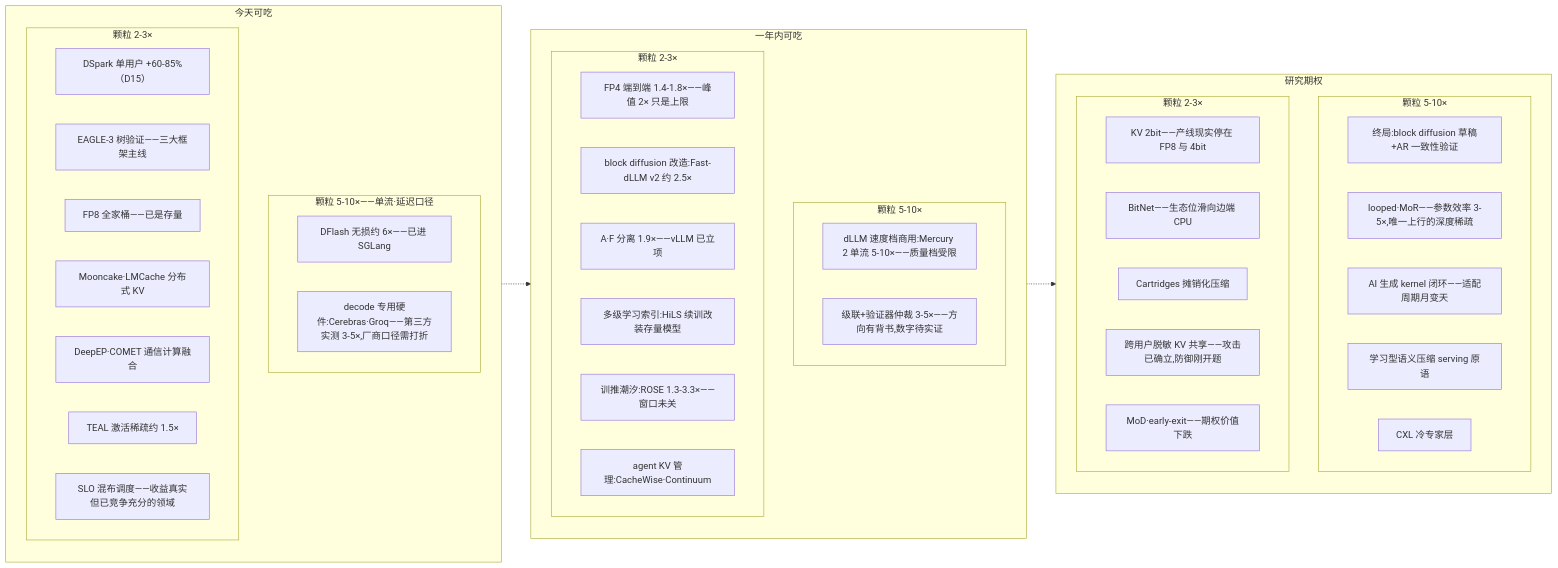
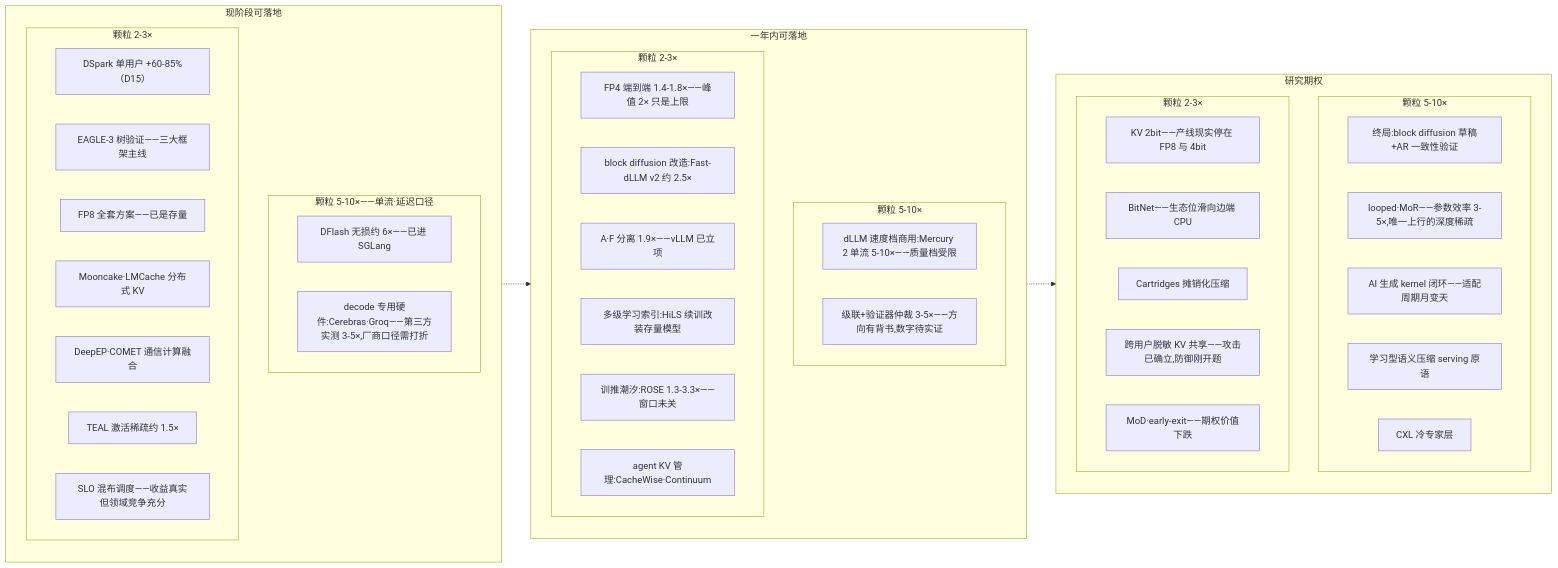
Before and after one commit to lloo099/mission44: the fifth of 5 diagrams in docs/blog/dispatch-26-inference-efficiency-map.md, drawn with Mermaid. The commit also changed other lines of this file and 24 other files, not shown here.

Commit message:
全站文风统一:29 篇按'专业简洁、去口语化'标准批量修订 — 确定性替换 100 处(崩法→失稳模式/洼地→空白领域/占坑→公开工作/黑箱→未公开/datatype 动物园→谱系/押注→投入/护城河→竞争壁垒 等)+ 8 个编辑 agent 分批逐句精修(D24 单篇 38 处;两轮均遇用量上限中断后续跑完成)+ blog.json 摘要 6 处 + 综述残留 2 处. 术语全站一致化; 29 文件 mermaid 全验证 0 errors; 快照页同步重建

````diff
--- a/docs/blog/dispatch-26-inference-efficiency-map.md
+++ b/docs/blog/dispatch-26-inference-efficiency-map.md
@@ -348,49 +348,49 @@
 ```mermaid
 flowchart LR
-    subgraph M1 ["今天可吃"]
+    subgraph M1 ["现阶段可落地"]
         subgraph M1H ["颗粒 5-10×——单流·延迟口径"]
             P1["DFlash 无损约 6×——已进 SGLang"]
             P2["decode 专用硬件:Cerebras·Groq——第三方实测 3-5×,厂商口径需打折"]
         end
         subgraph M1L ["颗粒 2-3×"]
             P3["DSpark 单用户 +60-85%（D15）"]
             P4["EAGLE-3 树验证——三大框架主线"]
-            P5["FP8 全家桶——已是存量"]
+            P5["FP8 全套方案——已是存量"]
             P6["Mooncake·LMCache 分布式 KV"]
             P7["DeepEP·COMET 通信计算融合"]
             P8["TEAL 激活稀疏约 1.5×"]
-            P9["SLO 混布调度——收益真实但已竞争充分的领域"]
+            P9["SLO 混布调度——收益真实但领域竞争充分"]
         end
     end
-    subgraph M2 ["一年内可吃"]
+    subgraph M2 ["一年内可落地"]
         subgraph M2H ["颗粒 5-10×"]
             Q1["dLLM 速度档商用:Mercury 2 单流 5-10×——质量档受限"]
             Q2["级联+验证器仲裁 3-5×——方向有背书,数字待实证"]
         end
         subgraph M2L ["颗粒 2-3×"]
             Q3["FP4 端到端 1.4-1.8×——峰值 2× 只是上限"]
             Q4["block diffusion 改造:Fast-dLLM v2 约 2.5×"]
             Q5["A·F 分离 1.9×——vLLM 已立项"]
             Q6["多级学习索引:HiLS 续训改装存量模型"]
             Q7["训推潮汐:ROSE 1.3-3.3×——窗口未关"]
             Q8["agent KV 管理:CacheWise·Continuum"]
         end
     end
     subgraph M3 ["研究期权"]
         subgraph M3H ["颗粒 5-10×"]
             R1["终局:block diffusion 草稿+AR 一致性验证"]
             R2["looped·MoR——参数效率 3-5×,唯一上行的深度稀疏"]
             R3["AI 生成 kernel 闭环——适配周期月变天"]
             R4["学习型语义压缩 serving 原语"]
             R5["CXL 冷专家层"]
         end
         subgraph M3L ["颗粒 2-3×"]
             R6["KV 2bit——产线现实停在 FP8 与 4bit"]
             R7["BitNet——生态位滑向边端 CPU"]
             R8["Cartridges 摊销化压缩"]
             R9["跨用户脱敏 KV 共享——攻击已确立,防御刚开题"]
             R10["MoD·early-exit——期权价值下跌"]
         end
     end
     M1 -.-> M2 -.-> M3
 ```
````
